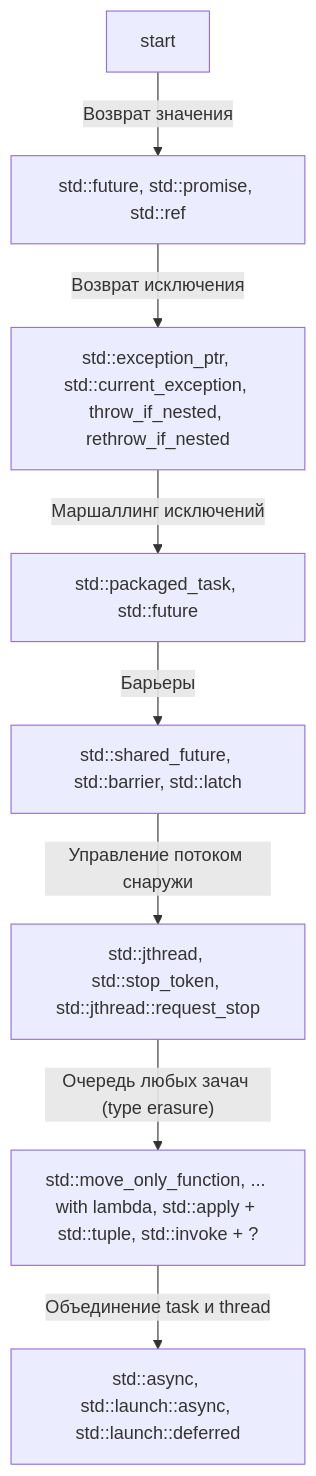
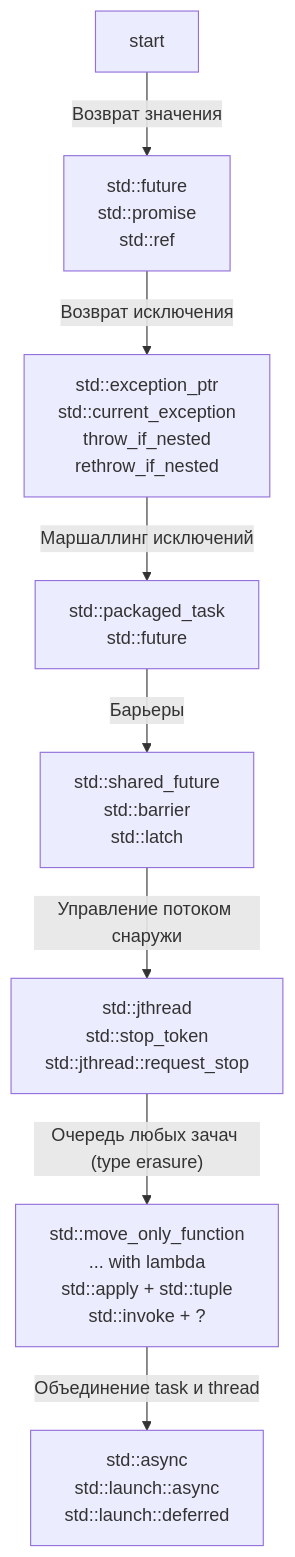
Before and after one commit to marleeeeeey/cpp_notes: the second of 2 diagrams in 2024-08-09_0020_TILIR_MASTERS_MINI.md, drawn with Mermaid. The commit also changed other lines of this file, not shown here.

Commit message:
Fix mermaid view.

````diff
--- a/2024-08-09_0020_TILIR_MASTERS_MINI.md
+++ b/2024-08-09_0020_TILIR_MASTERS_MINI.md
@@ -182,10 +182,10 @@
 ```mermaid
 graph TD;
-    A[start] -- Возврат значения --> B[std::future, std::promise, std::ref]
-    B -- Возврат исключения --> C[std::exception_ptr, std::current_exception, throw_if_nested, rethrow_if_nested]
-    C -- Маршаллинг исключений --> D[std::packaged_task, std::future]
-    D -- Барьеры --> E[std::shared_future, std::barrier, std::latch]
-    E -- Управление потоком снаружи --> F[std::jthread, std::stop_token, std::jthread::request_stop]
-    F -- Очередь любых зачач (type erasure) --> G[std::move_only_function, ... with lambda, std::apply + std::tuple, std::invoke + ?]
-    G -- Объединение task и thread --> H[std::async, std::launch::async, std::launch::deferred]
+    A[start] -- Возврат значения --> B[std::future<br>std::promise<br>std::ref]
+    B -- Возврат исключения --> C[std::exception_ptr<br>std::current_exception<br>throw_if_nested<br>rethrow_if_nested]
+    C -- Маршаллинг исключений --> D[std::packaged_task<br>std::future]
+    D -- Барьеры --> E[std::shared_future<br>std::barrier<br>std::latch]
+    E -- Управление потоком снаружи --> F[std::jthread<br>std::stop_token<br>std::jthread::request_stop]
+    F -- Очередь любых зачач (type erasure) --> G[std::move_only_function<br>... with lambda<br>std::apply + std::tuple<br>std::invoke + ?]
+    G -- Объединение task и thread --> H[std::async<br>std::launch::async<br>std::launch::deferred]
 ```
````
